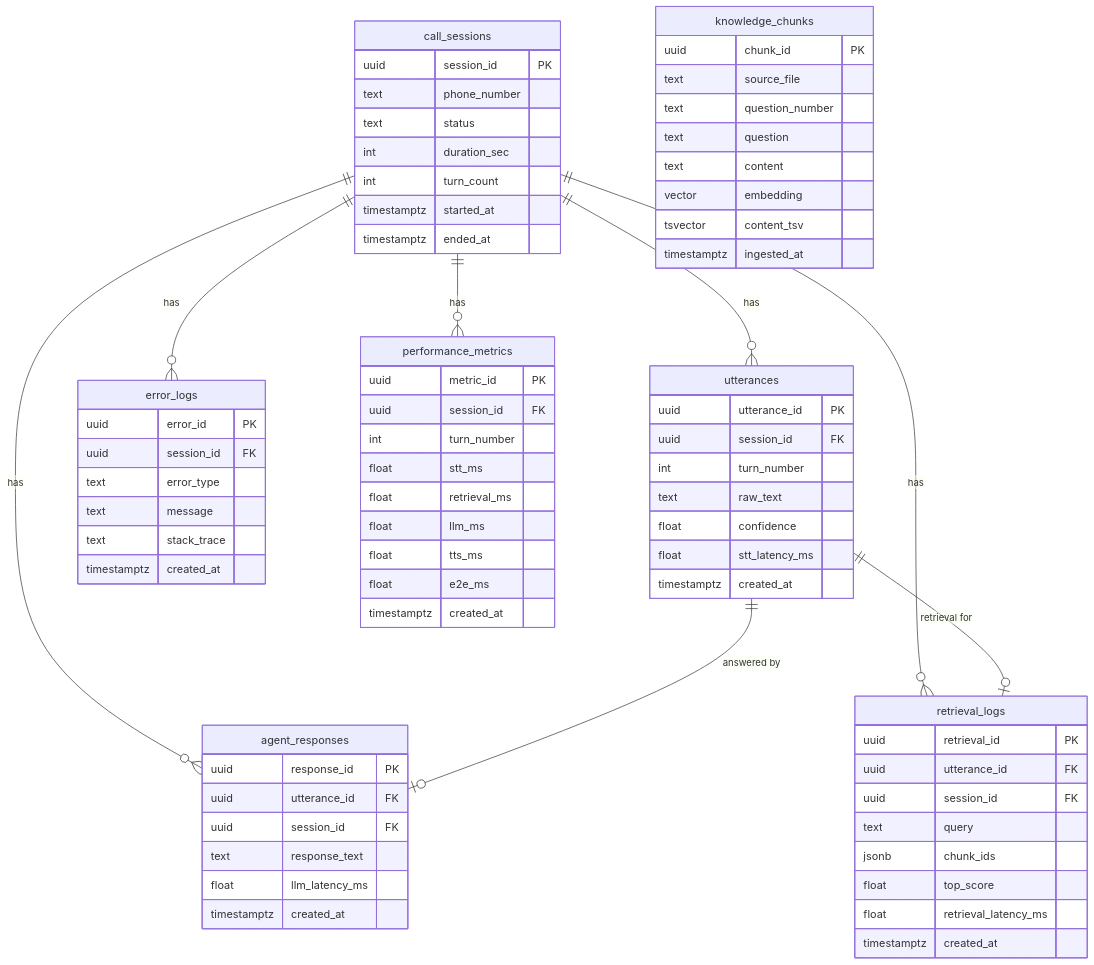
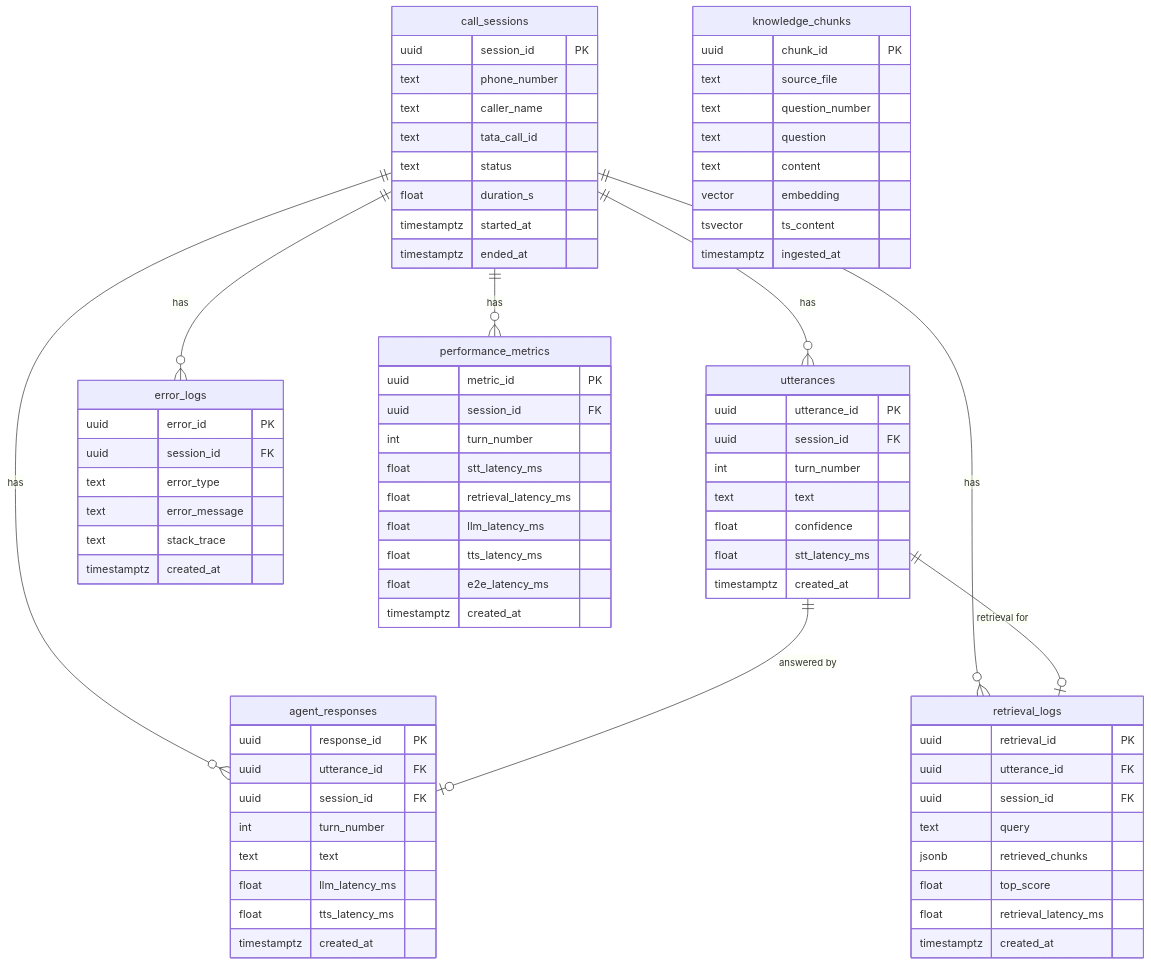
Before and after one commit to satyasurya7/FarmV_POC: the third of 3 diagrams in docs/architecture_diagram.md, drawn with Mermaid. The commit also changed other lines of this file and 17 other files, not shown here.

````diff
--- a/docs/architecture_diagram.md
+++ b/docs/architecture_diagram.md
@@ -180,76 +240,79 @@
 ```mermaid
 erDiagram
     call_sessions {
-        uuid    session_id    PK
-        text    phone_number
-        text    status
-        int     duration_sec
-        int     turn_count
+        uuid        session_id    PK
+        text        phone_number
+        text        caller_name
+        text        tata_call_id
+        text        status
+        float       duration_s
         timestamptz started_at
         timestamptz ended_at
     }
     utterances {
-        uuid    utterance_id  PK
-        uuid    session_id    FK
-        int     turn_number
-        text    raw_text
-        float   confidence
-        float   stt_latency_ms
+        uuid        utterance_id  PK
+        uuid        session_id    FK
+        int         turn_number
+        text        text
+        float       confidence
+        float       stt_latency_ms
         timestamptz created_at
     }
     agent_responses {
-        uuid    response_id   PK
-        uuid    utterance_id  FK
-        uuid    session_id    FK
-        text    response_text
-        float   llm_latency_ms
+        uuid        response_id   PK
+        uuid        utterance_id  FK
+        uuid        session_id    FK
+        int         turn_number
+        text        text
+        float       llm_latency_ms
+        float       tts_latency_ms
         timestamptz created_at
     }
     retrieval_logs {
-        uuid    retrieval_id  PK
-        uuid    utterance_id  FK
-        uuid    session_id    FK
-        text    query
-        jsonb   chunk_ids
-        float   top_score
-        float   retrieval_latency_ms
+        uuid        retrieval_id       PK
+        uuid        utterance_id       FK
+        uuid        session_id         FK
+        text        query
+        jsonb       retrieved_chunks
+        float       top_score
+        float       retrieval_latency_ms
         timestamptz created_at
     }
     error_logs {
-        uuid    error_id      PK
-        uuid    session_id    FK
-        text    error_type
-        text    message
-        text    stack_trace
+        uuid        error_id      PK
+        uuid        session_id    FK
+        text        error_type
+        text        error_message
+        text        stack_trace
         timestamptz created_at
     }
     performance_metrics {
-        uuid    metric_id     PK
-        uuid    session_id    FK
-        int     turn_number
-        float   stt_ms
-        float   retrieval_ms
-        float   llm_ms
-        float   tts_ms
-        float   e2e_ms
+        uuid        metric_id          PK
+        uuid        session_id         FK
+        int         turn_number
+        float       stt_latency_ms
+        float       retrieval_latency_ms
+        float       llm_latency_ms
+        float       tts_latency_ms
+        float       e2e_latency_ms
         timestamptz created_at
     }
     knowledge_chunks {
-        uuid    chunk_id      PK
-        text    source_file
-        text    question_number
-        text    question
-        text    content
-        vector  embedding
-        tsvector content_tsv
+        uuid        chunk_id      PK
+        text        source_file
+        text        question_number
+        text        question
+        text        content
+        vector      embedding
+        tsvector    ts_content
         timestamptz ingested_at
     }
 
     call_sessions    ||--o{ utterances         : "has"
     call_sessions    ||--o{ agent_responses     : "has"
     call_sessions    ||--o{ retrieval_logs      : "has"
     call_sessions    ||--o{ error_logs          : "has"
     call_sessions    ||--o{ performance_metrics : "has"
     utterances       ||--o| agent_responses     : "answered by"
     utterances       ||--o| retrieval_logs      : "retrieval for"
 ```
````
